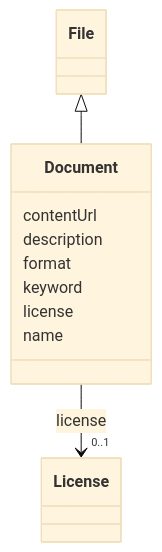
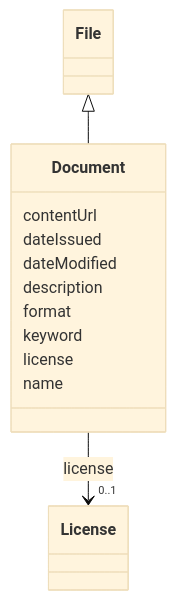
One commit to EVORA-project/evora-ontology changed the diagram in models/docs/Document.md. Above: the diagram before and after it, drawn with Mermaid (base theme). The commit also changed other lines of this file and 377 other files, not shown here.

````diff
--- a/models/docs/Document.md
+++ b/models/docs/Document.md
@@ -19,28 +19,32 @@
 ```mermaid
  classDiagram
     class Document
     click Document href "../Document"
       File <|-- Document
         click File href "../File"
       
       Document : contentUrl
+        
+      Document : dateIssued
+        
+      Document : dateModified
         
       Document : description
         
       Document : format
         
       Document : keyword
         
       Document : license
         
           
     
     
     Document --> "0..1" License : license
     click License href "../License"
 
         
       Document : name
         
       
 ```
````
